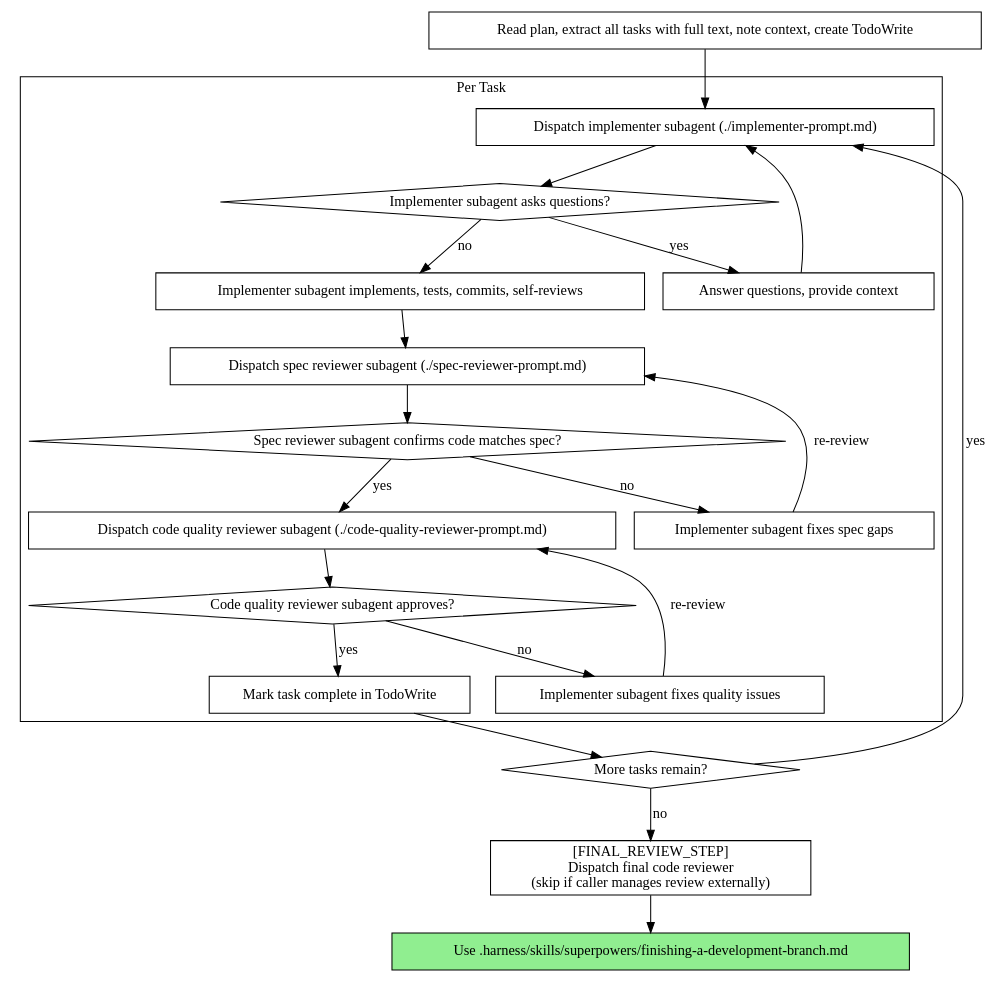
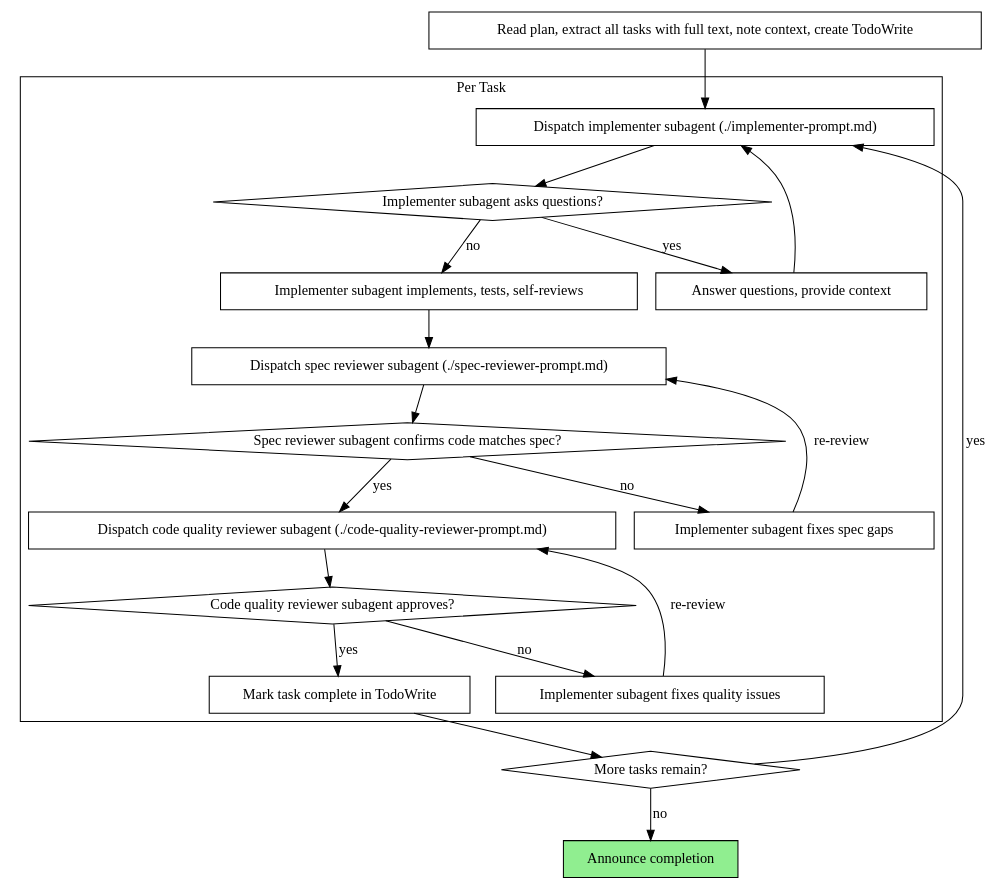
The second of 2 diagrams in .harness/skills/superpowers/subagent-driven-development.md (niean/PhotoTTS), drawn with Graphviz before and after one commit. The commit also changed other lines of this file and 7 other files, not shown here.

````diff
--- a/.harness/skills/superpowers/subagent-driven-development.md
+++ b/.harness/skills/superpowers/subagent-driven-development.md
@@ -42,44 +42,42 @@
 ```dot
 digraph process {
     rankdir=TB;
 
     subgraph cluster_per_task {
         label="Per Task";
         "Dispatch implementer subagent (./implementer-prompt.md)" [shape=box];
         "Implementer subagent asks questions?" [shape=diamond];
         "Answer questions, provide context" [shape=box];
-        "Implementer subagent implements, tests, commits, self-reviews" [shape=box];
+        "Implementer subagent implements, tests, self-reviews" [shape=box];
         "Dispatch spec reviewer subagent (./spec-reviewer-prompt.md)" [shape=box];
         "Spec reviewer subagent confirms code matches spec?" [shape=diamond];
         "Implementer subagent fixes spec gaps" [shape=box];
         "Dispatch code quality reviewer subagent (./code-quality-reviewer-prompt.md)" [shape=box];
         "Code quality reviewer subagent approves?" [shape=diamond];
         "Implementer subagent fixes quality issues" [shape=box];
         "Mark task complete in TodoWrite" [shape=box];
     }
 
     "Read plan, extract all tasks with full text, note context, create TodoWrite" [shape=box];
     "More tasks remain?" [shape=diamond];
-    "[FINAL_REVIEW_STEP]" [shape=box label="[FINAL_REVIEW_STEP]\nDispatch final code reviewer\n(skip if caller manages review externally)"];
-    "Use .harness/skills/superpowers/finishing-a-development-branch.md" [shape=box style=filled fillcolor=lightgreen];
+    "Announce completion" [shape=box style=filled fillcolor=lightgreen];
 
     "Read plan, extract all tasks with full text, note context, create TodoWrite" -> "Dispatch implementer subagent (./implementer-prompt.md)";
     "Dispatch implementer subagent (./implementer-prompt.md)" -> "Implementer subagent asks questions?";
     "Implementer subagent asks questions?" -> "Answer questions, provide context" [label="yes"];
     "Answer questions, provide context" -> "Dispatch implementer subagent (./implementer-prompt.md)";
-    "Implementer subagent asks questions?" -> "Implementer subagent implements, tests, commits, self-reviews" [label="no"];
-    "Implementer subagent implements, tests, commits, self-reviews" -> "Dispatch spec reviewer subagent (./spec-reviewer-prompt.md)";
+    "Implementer subagent asks questions?" -> "Implementer subagent implements, tests, self-reviews" [label="no"];
+    "Implementer subagent implements, tests, self-reviews" -> "Dispatch spec reviewer subagent (./spec-reviewer-prompt.md)";
     "Dispatch spec reviewer subagent (./spec-reviewer-prompt.md)" -> "Spec reviewer subagent confirms code matches spec?";
     "Spec reviewer subagent confirms code matches spec?" -> "Implementer subagent fixes spec gaps" [label="no"];
     "Implementer subagent fixes spec gaps" -> "Dispatch spec reviewer subagent (./spec-reviewer-prompt.md)" [label="re-review"];
     "Spec reviewer subagent confirms code matches spec?" -> "Dispatch code quality reviewer subagent (./code-quality-reviewer-prompt.md)" [label="yes"];
     "Dispatch code quality reviewer subagent (./code-quality-reviewer-prompt.md)" -> "Code quality reviewer subagent approves?";
     "Code quality reviewer subagent approves?" -> "Implementer subagent fixes quality issues" [label="no"];
     "Implementer subagent fixes quality issues" -> "Dispatch code quality reviewer subagent (./code-quality-reviewer-prompt.md)" [label="re-review"];
     "Code quality reviewer subagent approves?" -> "Mark task complete in TodoWrite" [label="yes"];
     "Mark task complete in TodoWrite" -> "More tasks remain?";
     "More tasks remain?" -> "Dispatch implementer subagent (./implementer-prompt.md)" [label="yes"];
-    "More tasks remain?" -> "[FINAL_REVIEW_STEP]" [label="no"];
-    "[FINAL_REVIEW_STEP]" -> "Use .harness/skills/superpowers/finishing-a-development-branch.md";
+    "More tasks remain?" -> "Announce completion" [label="no"];
 }
 ```
````
